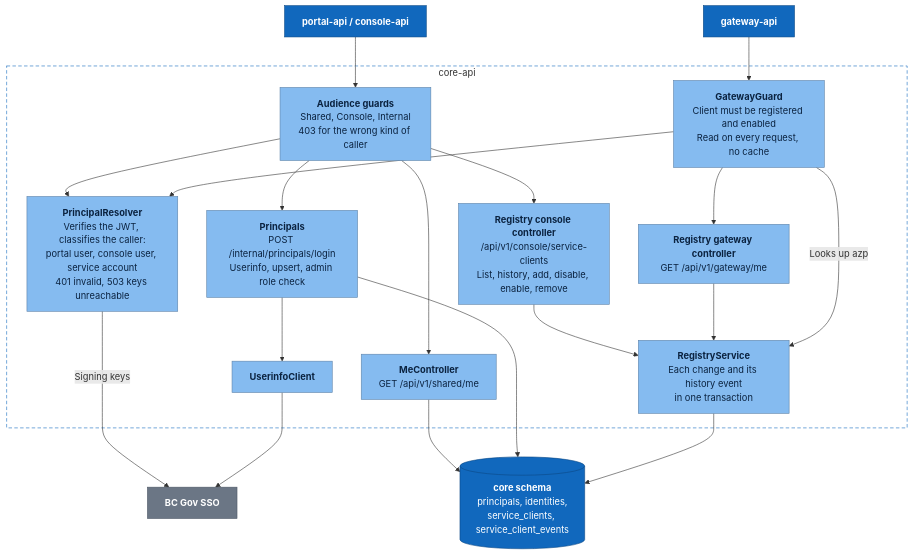
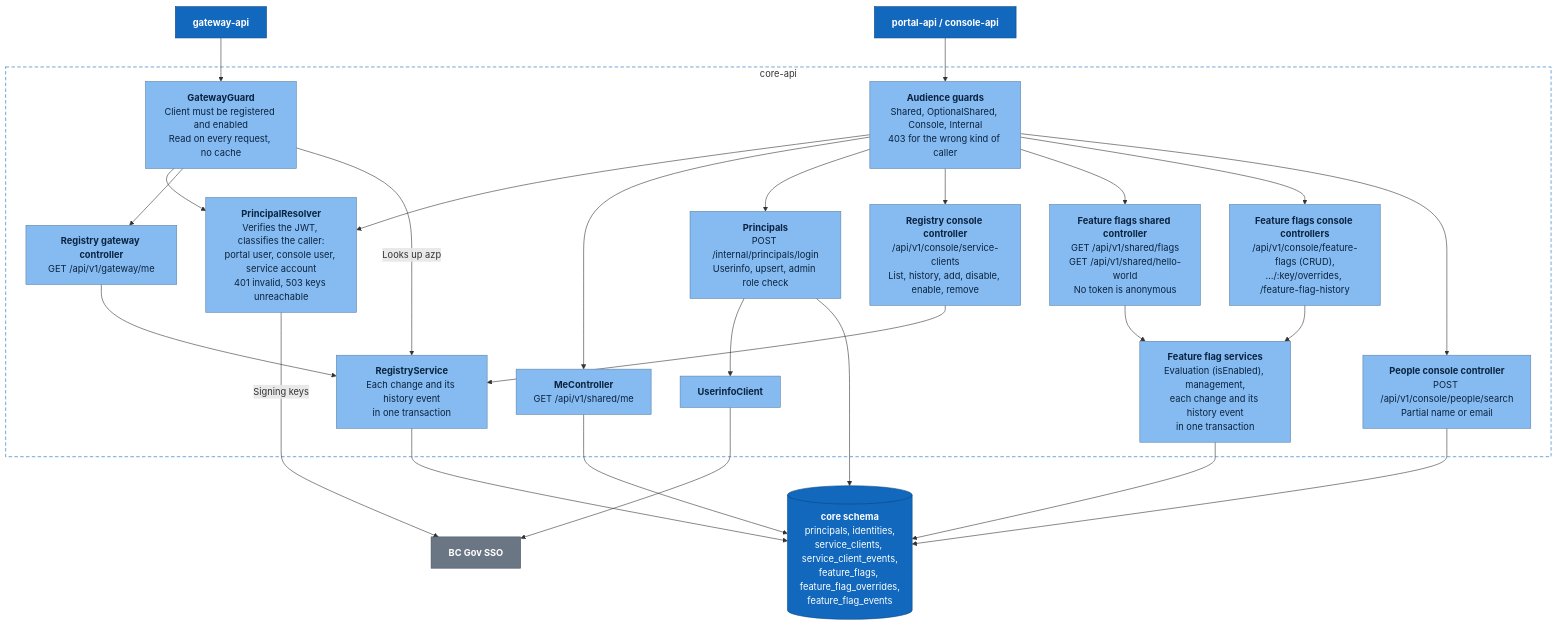
One commit to bcgov/sdg changed the third of 5 diagrams in docs/architecture.md. Above: the diagram before and after it, drawn with Mermaid. The commit also changed other lines of this file, not shown here.

Commit message:
docs(architecture): describe feature flags and optional-session forwarding

````diff
--- a/docs/architecture.md
+++ b/docs/architecture.md
@@ -121,43 +121,54 @@
 ```mermaid
 flowchart TB
   bffs["<b>portal-api / console-api</b>"]:::internal
   gw["<b>gateway-api</b>"]:::internal
   sso["<b>BC Gov SSO</b>"]:::ext
 
   subgraph CORE["core-api"]
-    guards["<b>Audience guards</b><br/>Shared, Console, Internal<br/>403 for the wrong kind of caller"]:::comp
+    guards["<b>Audience guards</b><br/>Shared, OptionalShared, Console, Internal<br/>403 for the wrong kind of caller"]:::comp
     gguard["<b>GatewayGuard</b><br/>Client must be registered and enabled<br/>Read on every request, no cache"]:::comp
     resolver["<b>PrincipalResolver</b><br/>Verifies the JWT, classifies the caller:<br/>portal user, console user, service account<br/>401 invalid, 503 keys unreachable"]:::comp
     me["<b>MeController</b><br/>GET /api/v1/shared/me"]:::comp
     principals["<b>Principals</b><br/>POST /internal/principals/login<br/>Userinfo, upsert, admin role check"]:::comp
     regconsole["<b>Registry console controller</b><br/>/api/v1/console/service-clients<br/>List, history, add, disable, enable, remove"]:::comp
     reggw["<b>Registry gateway controller</b><br/>GET /api/v1/gateway/me"]:::comp
     regsvc["<b>RegistryService</b><br/>Each change and its history event<br/>in one transaction"]:::comp
+    flagshared["<b>Feature flags shared controller</b><br/>GET /api/v1/shared/flags<br/>GET /api/v1/shared/hello-world<br/>No token is anonymous"]:::comp
+    flagconsole["<b>Feature flags console controllers</b><br/>/api/v1/console/feature-flags (CRUD),<br/>…/:key/overrides, /feature-flag-history"]:::comp
+    people["<b>People console controller</b><br/>POST /api/v1/console/people/search<br/>Partial name or email"]:::comp
+    flagsvc["<b>Feature flag services</b><br/>Evaluation (isEnabled), management,<br/>each change and its history event<br/>in one transaction"]:::comp
     userinfo["<b>UserinfoClient</b>"]:::comp
   end
 
-  db[("<b>core schema</b><br/>principals, identities,<br/>service_clients, service_client_events")]:::internal
+  db[("<b>core schema</b><br/>principals, identities,<br/>service_clients, service_client_events,<br/>feature_flags, feature_flag_overrides,<br/>feature_flag_events")]:::internal
 
   bffs --> guards
   gw --> gguard
   guards --> resolver
   gguard --> resolver
   resolver -->|"Signing keys"| sso
   guards --> me
   guards --> principals
   guards --> regconsole
+  guards --> flagshared
+  guards --> flagconsole
+  guards --> people
   gguard --> reggw
   regconsole --> regsvc
+  flagshared --> flagsvc
+  flagconsole --> flagsvc
   reggw --> regsvc
   gguard -->|"Looks up azp"| regsvc
   principals --> userinfo
   userinfo --> sso
   me --> db
   principals --> db
   regsvc --> db
+  flagsvc --> db
+  people --> db
 
   classDef internal fill:#1168bd,stroke:#0b4884,color:#ffffff
   classDef comp fill:#85bbf0,stroke:#5d82a8,color:#0b2340
   classDef ext fill:#6b7685,stroke:#4b5563,color:#ffffff
   style CORE fill:none,stroke:#1168bd,stroke-dasharray:6 4
 ```
````
